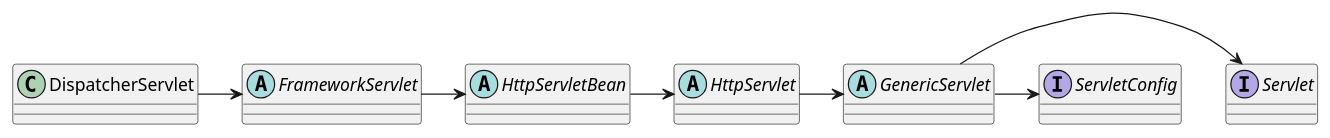
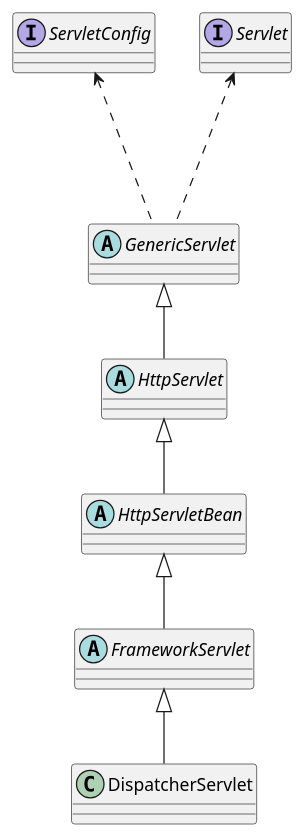
The diagram in Notes/UML/DispatcherServlet继承结构.puml (qe2592008/articles), drawn with PlantUML before and after one commit. The commit also changed 16 other files, not shown here.

```diff
--- a/Notes/UML/DispatcherServlet继承结构.puml
+++ b/Notes/UML/DispatcherServlet继承结构.puml
@@ -1,16 +1,16 @@
 @startuml
 interface Servlet
 interface ServletConfig
 abstract class GenericServlet
 abstract class HttpServlet
 abstract class HttpServletBean
 abstract class FrameworkServlet
 class DispatcherServlet
 
-GenericServlet -> Servlet
-GenericServlet -> ServletConfig
-HttpServlet -> GenericServlet
-HttpServletBean -> HttpServlet
-FrameworkServlet -> HttpServletBean
-DispatcherServlet -> FrameworkServlet
+GenericServlet -up..> Servlet
+GenericServlet -up..> ServletConfig
+HttpServlet -up-|> GenericServlet
+HttpServletBean -up-|> HttpServlet
+FrameworkServlet -up-|> HttpServletBean
+DispatcherServlet -up-|> FrameworkServlet
 @enduml
```
